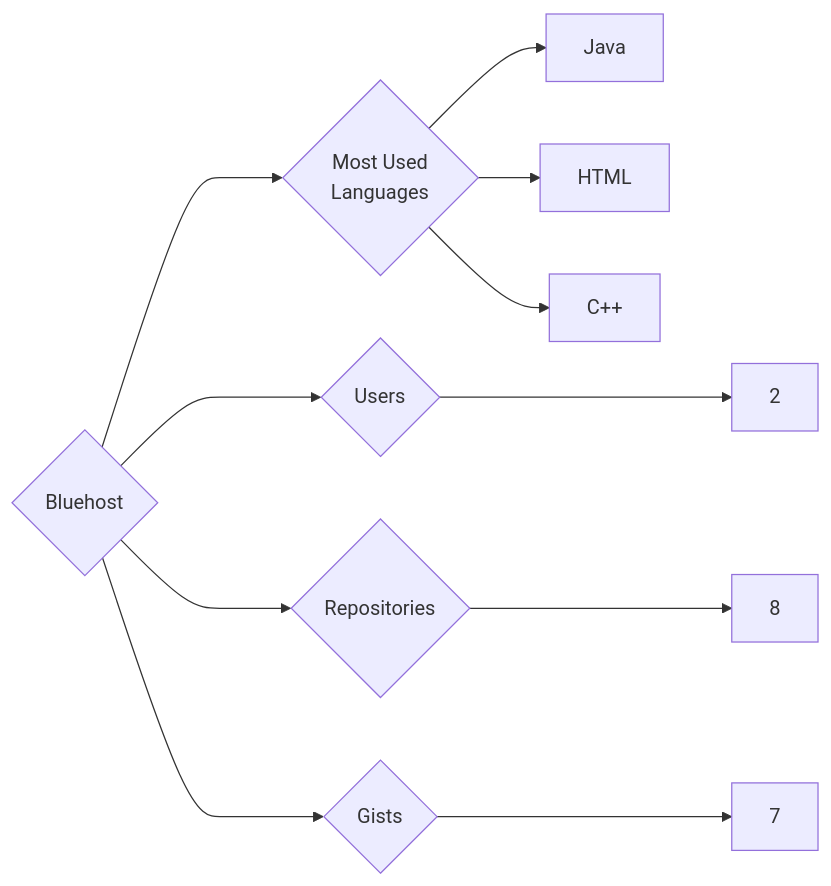
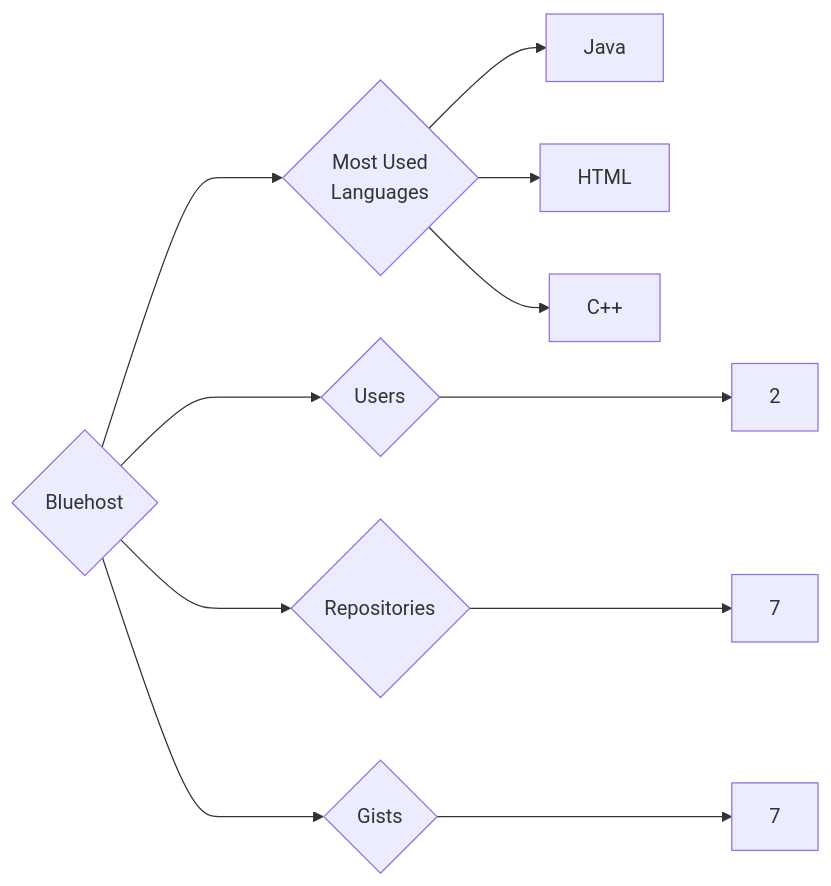
The diagram in targets/Bluehost/README.md (trickest/insiders), drawn with Mermaid before and after one commit. The commit also changed 988 other files, not shown here.

````diff
--- a/targets/Bluehost/README.md
+++ b/targets/Bluehost/README.md
@@ -3,11 +3,11 @@
 ```mermaid
 graph LR
 COMPANY_NAME{Bluehost}
 COMPANY_NAME ---> U{Users} ---> UN[2]
-COMPANY_NAME ---> R{Repositories} ---> RN[8]
+COMPANY_NAME ---> R{Repositories} ---> RN[7]
 COMPANY_NAME ---> G{Gists} ---> GN[7]
 COMPANY_NAME ---> ML{Most Used<br>Languages}
 ML --> Java[Java]
 ML --> HTML[HTML]
 ML --> C++[C++]
 ```
````
